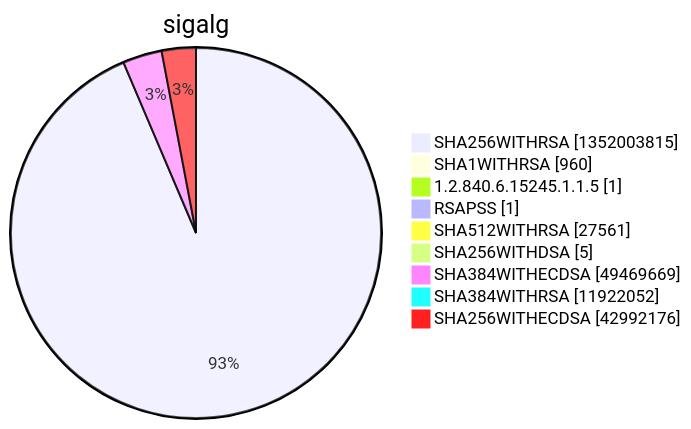
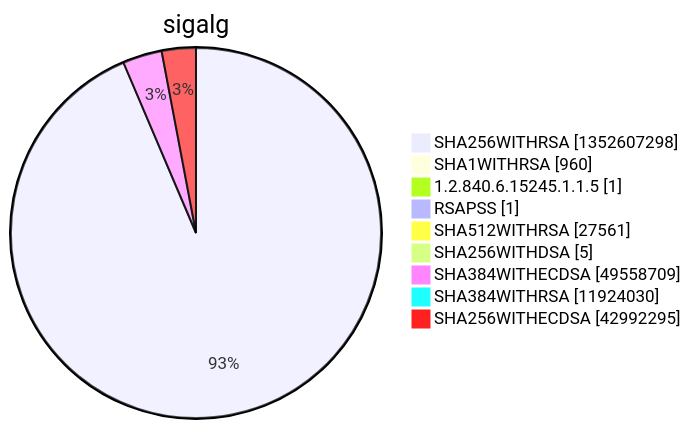
Before and after one commit to christiankrug/ctmonitor_visualization: diagram 15 of 15 in argon2022/README.md, drawn with Mermaid. The commit also changed other lines of this file, not shown here.

````diff
--- a/argon2022/README.md
+++ b/argon2022/README.md
@@ -5524,13 +5524,13 @@
 ```mermaid
 pie showData
 title sigalg
-"SHA256WITHRSA" :1352003815
+"SHA256WITHRSA" :1352607298
 "SHA1WITHRSA" :960
 "1.2.840.6.15245.1.1.5" :1
 "RSAPSS" :1
 "SHA512WITHRSA" :27561
 "SHA256WITHDSA" :5
-"SHA384WITHECDSA" :49469669
-"SHA384WITHRSA" :11922052
-"SHA256WITHECDSA" :42992176
+"SHA384WITHECDSA" :49558709
+"SHA384WITHRSA" :11924030
+"SHA256WITHECDSA" :42992295
 ```
````
